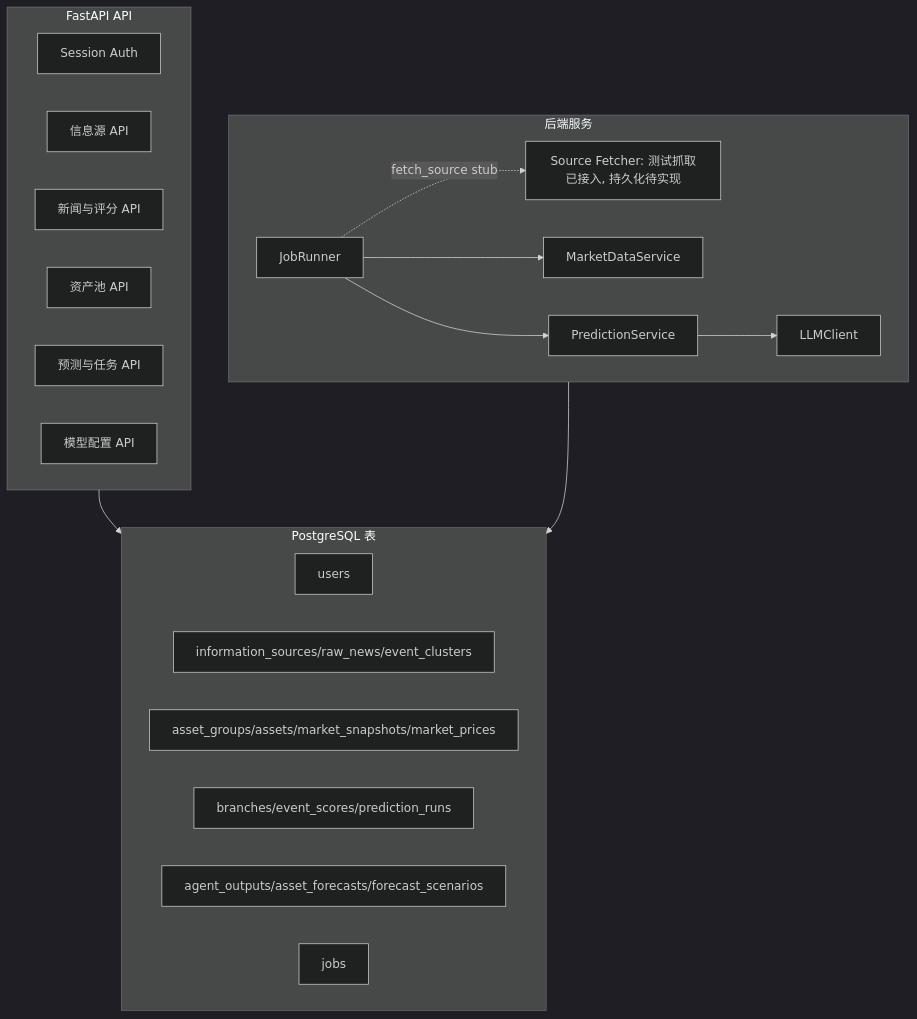
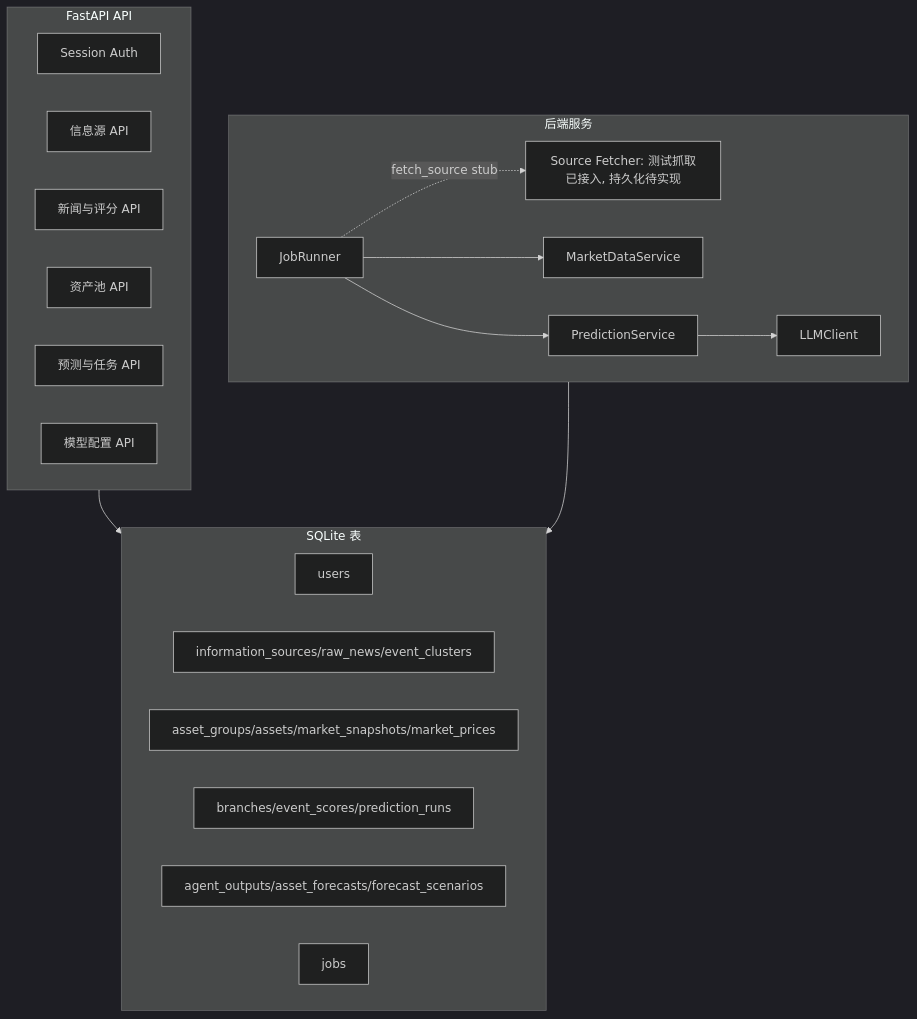
Before and after one commit to chachabu/asset-worldline-agent: the second of 4 diagrams in docs/architecture.md, drawn with Mermaid (dark theme). The commit also changed other lines of this file and 13 other files, not shown here.

````diff
--- a/docs/architecture.md
+++ b/docs/architecture.md
@@ -68,35 +67,35 @@
 ```mermaid
 flowchart TB
     subgraph API[FastAPI API]
         Auth[Session Auth]
         SourcesAPI[信息源 API]
         NewsAPI[新闻与评分 API]
         AssetsAPI[资产池 API]
         ForecastAPI[预测与任务 API]
         ModelAPI[模型配置 API]
     end
 
     subgraph Services[后端服务]
         Fetcher[Source Fetcher: 测试抓取已接入, 持久化待实现]
         Market[MarketDataService]
         LLM[LLMClient]
         Predictor[PredictionService]
         Runner[JobRunner]
     end
 
-    subgraph DB[PostgreSQL 表]
+    subgraph DB[SQLite 表]
         Users[users]
         SourceTables[information_sources/raw_news/event_clusters]
         AssetTables[asset_groups/assets/market_snapshots/market_prices]
         BranchTables[branches/event_scores/prediction_runs]
         ForecastTables[agent_outputs/asset_forecasts/forecast_scenarios]
         JobTables[jobs]
     end
 
     API --> DB
     Runner -. fetch_source stub .-> Fetcher
     Runner --> Market
     Runner --> Predictor
     Predictor --> LLM
     Services --> DB
 ```
````
